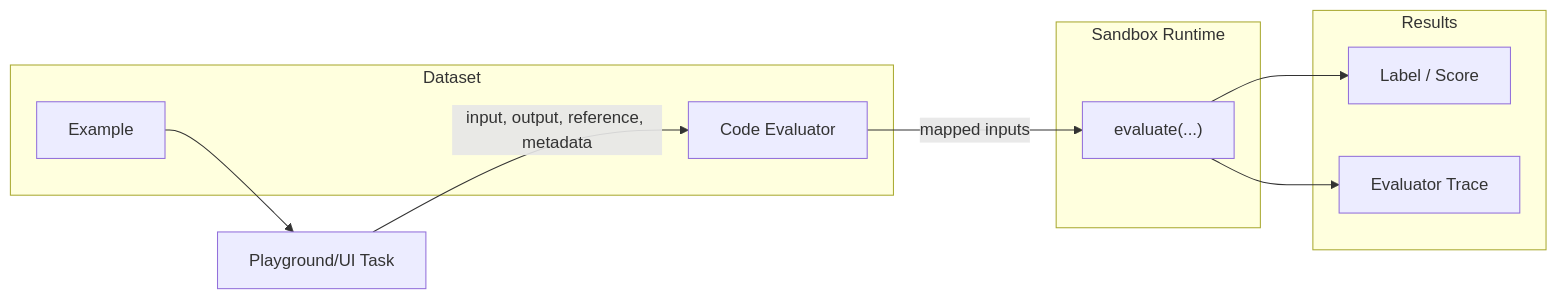
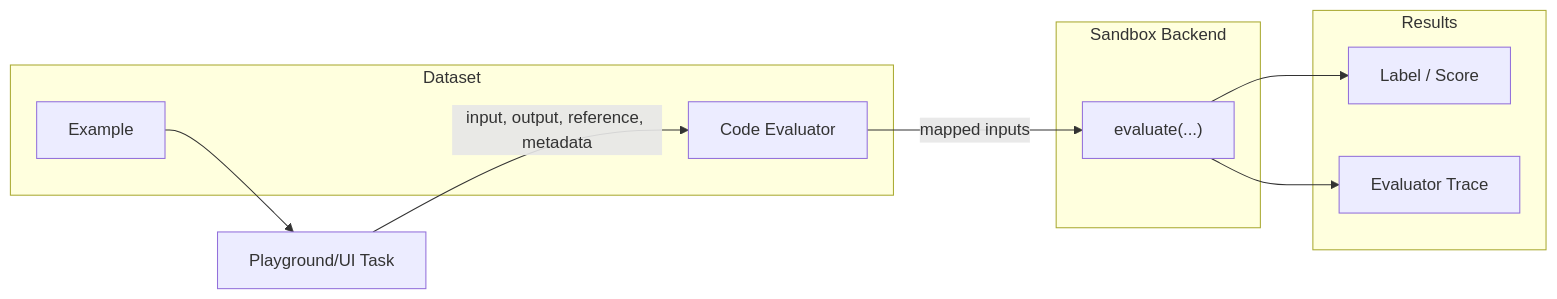
Before and after one commit to Arize-ai/phoenix: the first of 2 diagrams in docs/phoenix/evaluation/server-evals/code-evaluators.mdx, drawn with Mermaid. The commit also changed other lines of this file and 7 other files, not shown here.

````diff
--- a/docs/phoenix/evaluation/server-evals/code-evaluators.mdx
+++ b/docs/phoenix/evaluation/server-evals/code-evaluators.mdx
@@ -22,24 +22,24 @@
 ```mermaid
 flowchart LR
     subgraph dataset [Dataset]
         Example[Example]
         Evaluator[Code Evaluator]
     end
 
     Task[Playground/UI Task]
 
-    subgraph sandbox [Sandbox Runtime]
+    subgraph sandbox [Sandbox Backend]
         Evaluate["evaluate(...)"]
     end
 
     subgraph results [Results]
         Annotation[Label / Score]
         Trace[Evaluator Trace]
     end
 
     Example --> Task
     Task -- "input, output, reference, metadata" --> Evaluator
     Evaluator -- "mapped inputs" --> Evaluate
     Evaluate --> Annotation
     Evaluate --> Trace
 ```
````
